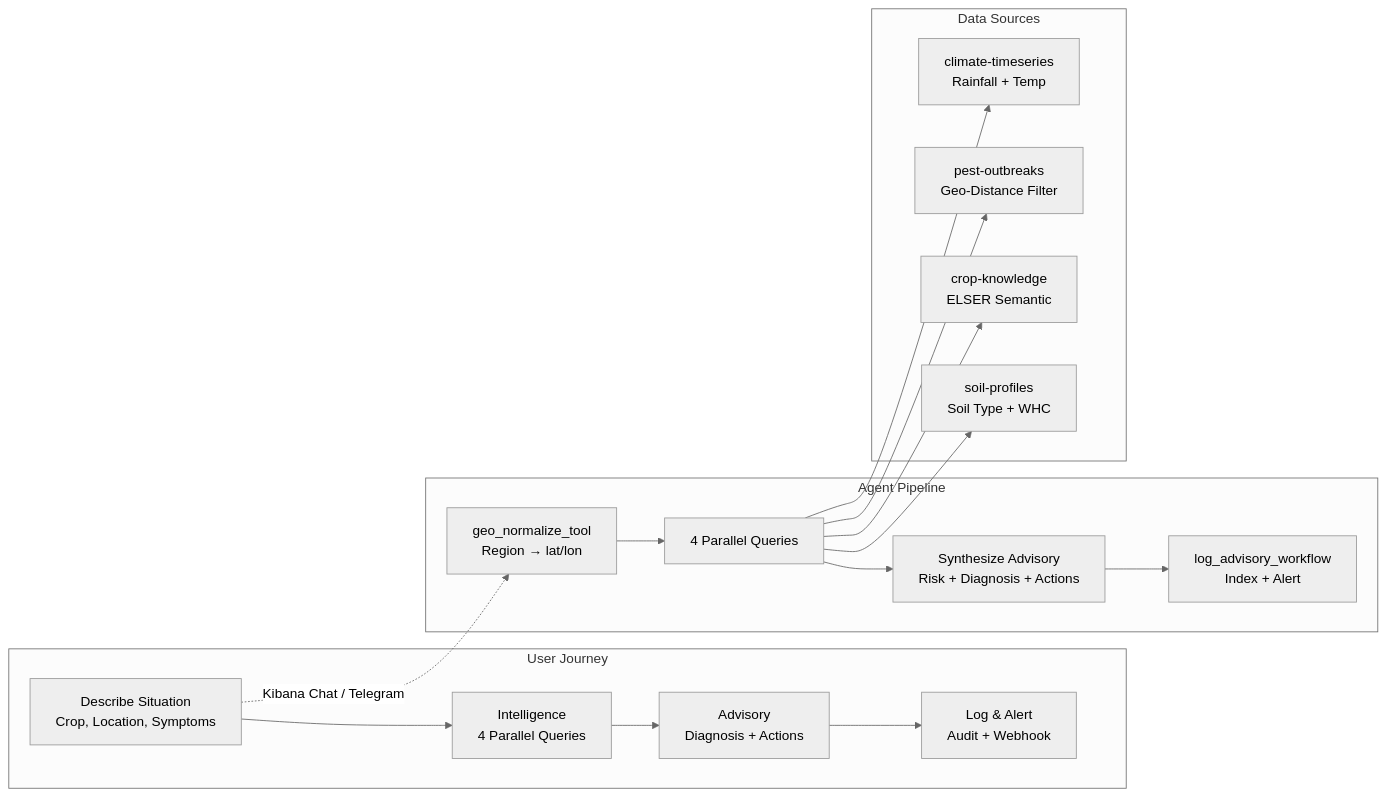
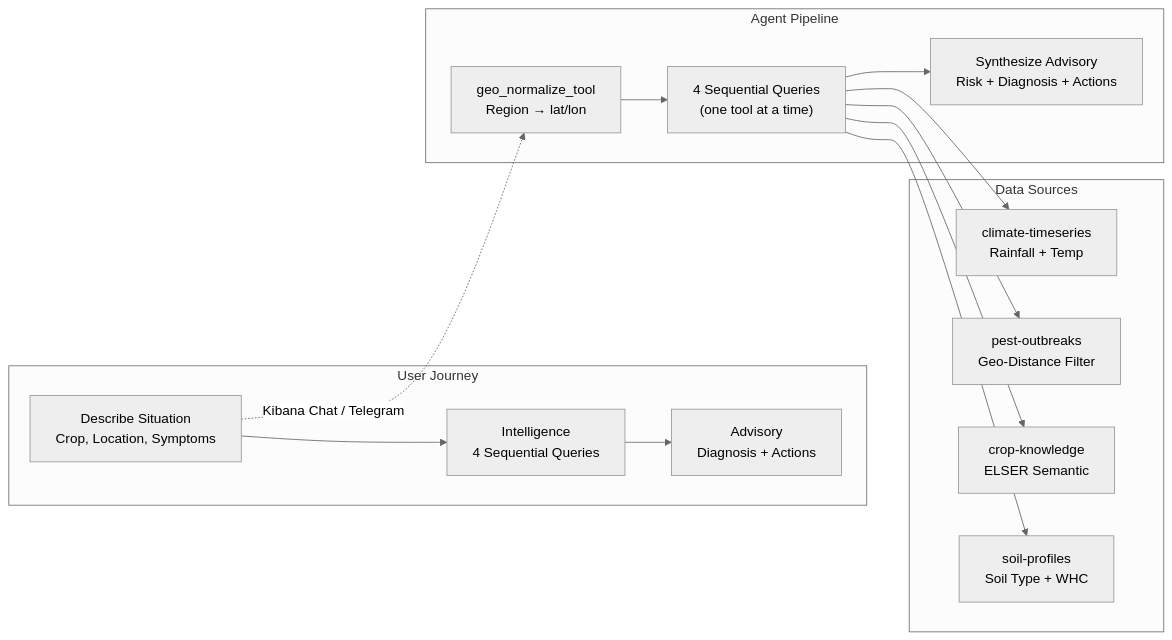
The first of 3 diagrams in README.md (ankitlade12/farmsense), drawn with Mermaid (neutral theme) before and after one commit. The commit also changed other lines of this file and 9 other files, not shown here.

````diff
--- a/README.md
+++ b/README.md
@@ -20,27 +26,25 @@
 ```mermaid
 flowchart LR
     subgraph User Journey
-        A["Describe Situation\nCrop, Location, Symptoms"] --> B["Intelligence\n4 Parallel Queries"]
+        A["Describe Situation\nCrop, Location, Symptoms"] --> B["Intelligence\n4 Sequential Queries"]
         B --> C["Advisory\nDiagnosis + Actions"]
-        C --> D["Log & Alert\nAudit + Webhook"]
     end
 
     subgraph Agent Pipeline
-        E["geo_normalize_tool\nRegion → lat/lon"] --> F["4 Parallel Queries"]
+        E["geo_normalize_tool\nRegion → lat/lon"] --> F["4 Sequential Queries\n(one tool at a time)"]
         F --> G["Synthesize Advisory\nRisk + Diagnosis + Actions"]
-        G --> H["log_advisory_workflow\nIndex + Alert"]
     end
 
     subgraph Data Sources
         I["climate-timeseries\nRainfall + Temp"]
         J["pest-outbreaks\nGeo-Distance Filter"]
         K["crop-knowledge\nELSER Semantic"]
         L["soil-profiles\nSoil Type + WHC"]
     end
 
     A -.->|"Kibana Chat / Telegram"| E
     F --> I
     F --> J
     F --> K
     F --> L
 ```
````
